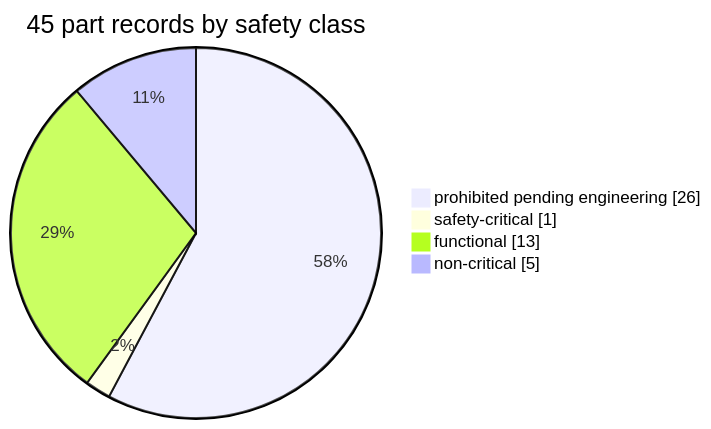
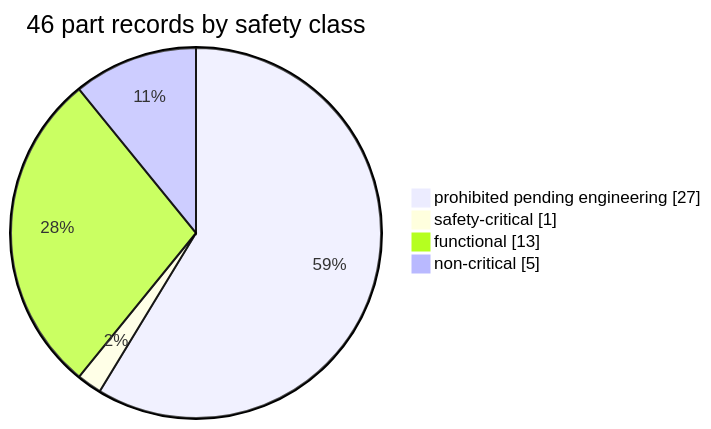
One commit to cluster2600/porscheparts changed the third of 5 diagrams in docs/ENGINEERING_OVERVIEW.md. Above: the diagram before and after it, drawn with Mermaid. The commit also changed other lines of this file and 95 other files, not shown here.

````diff
--- a/docs/ENGINEERING_OVERVIEW.md
+++ b/docs/ENGINEERING_OVERVIEW.md
@@ -537,7 +538,7 @@
 ```mermaid
-pie showData title 45 part records by safety class
-    "prohibited pending engineering" : 26
+pie showData title 46 part records by safety class
+    "prohibited pending engineering" : 27
     "safety-critical" : 1
     "functional" : 13
     "non-critical" : 5
 ```
````
